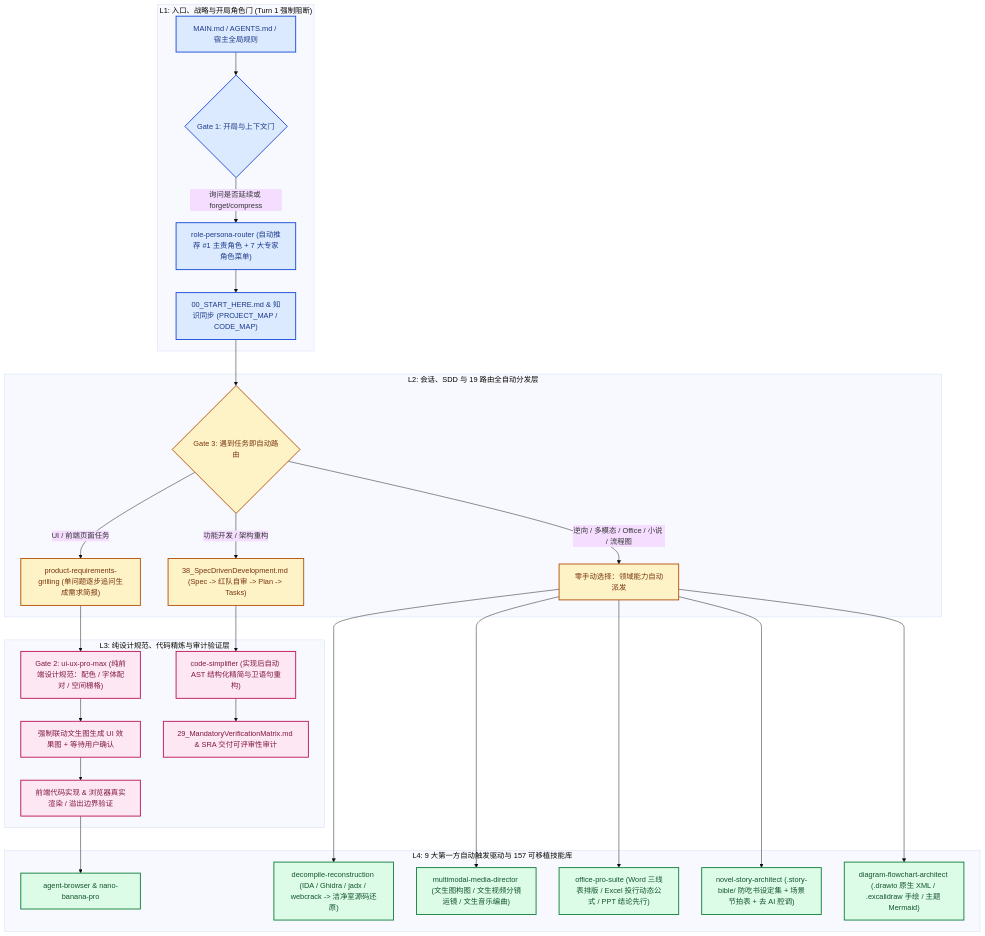
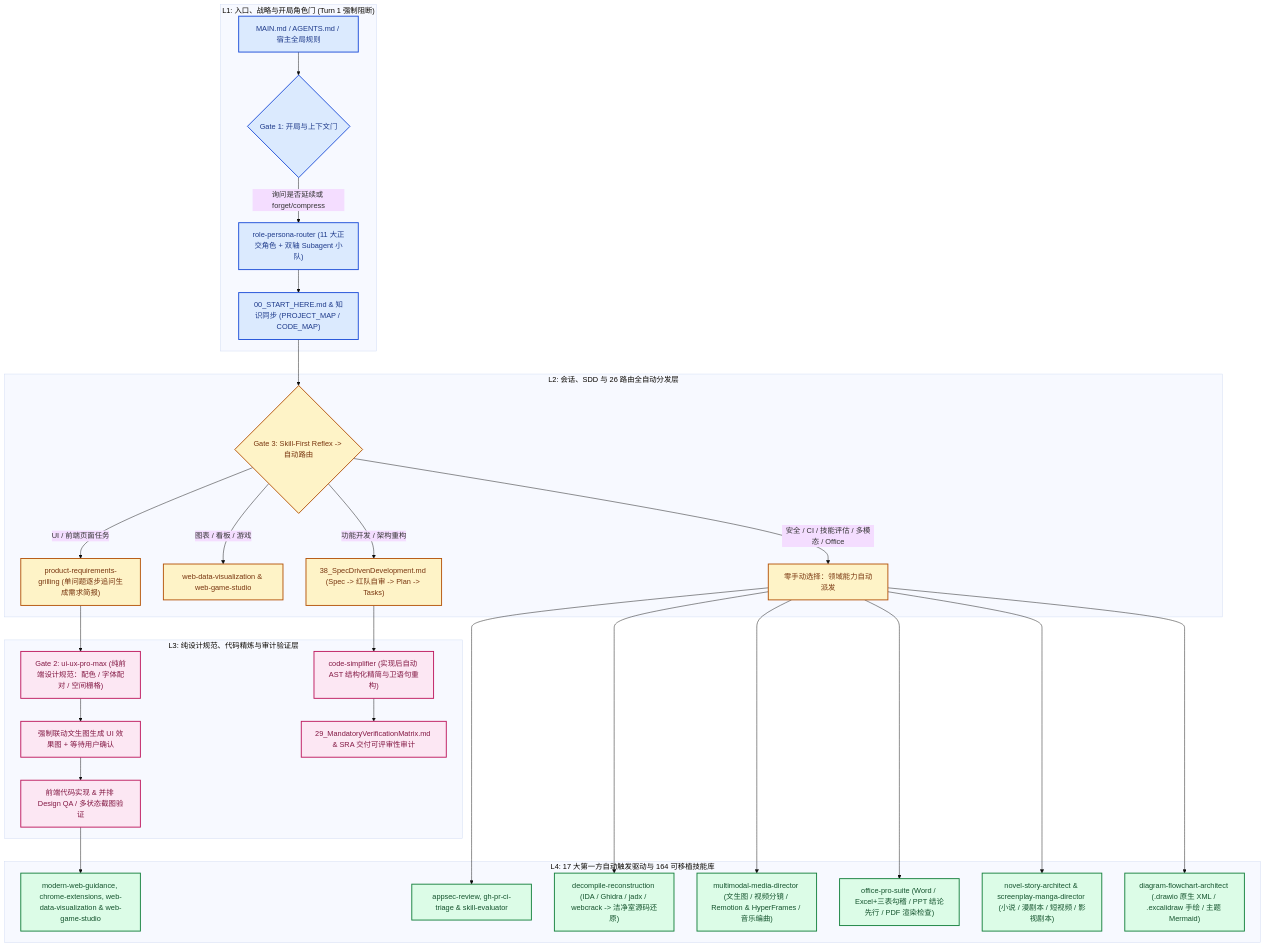
Before and after one commit to UIhoshi/AgentLogic: the first of 2 diagrams in 00_README.md, drawn with Mermaid (base theme). The commit also changed other lines of this file and 304 other files, not shown here.

Commit message:
feat(v6.9.2): add Skill-First reflex, 11-role + dual-axis Subagent squads, 6 new first-party skills, and Codex plugin packaging

````diff
--- a/00_README.md
+++ b/00_README.md
@@ -53,42 +53,44 @@
 ```mermaid
 flowchart TD
     subgraph L1 ["L1: 入口、战略与开局角色门 (Turn 1 强制阻断)"]
         Entry["MAIN.md / AGENTS.md / 宿主全局规则"] --> Gate1{"Gate 1: 开局与上下文门"}
-        Gate1 -->|"询问是否延续或 forget/compress"| RoleRouter["role-persona-router (自动推荐 #1 主责角色 + 7 大专家角色菜单)"]
+        Gate1 -->|"询问是否延续或 forget/compress"| RoleRouter["role-persona-router (11 大正交角色 + 双轴 Subagent 小队)"]
         RoleRouter --> Check["00_START_HERE.md & 知识同步 (PROJECT_MAP / CODE_MAP)"]
     end
 
-    subgraph L2 ["L2: 会话、SDD 与 19 路由全自动分发层"]
-        Check --> Router{"Gate 3: 遇到任务即自动路由"}
+    subgraph L2 ["L2: 会话、SDD 与 26 路由全自动分发层"]
+        Check --> Router{"Gate 3: Skill-First Reflex -> 自动路由"}
         Router -->|"UI / 前端页面任务"| Grilling["product-requirements-grilling (单问题逐步追问生成需求简报)"]
+        Router -->|"图表 / 看板 / 游戏"| VizGame["web-data-visualization & web-game-studio"]
         Router -->|"功能开发 / 架构重构"| SDD["38_SpecDrivenDevelopment.md (Spec -> 红队自审 -> Plan -> Tasks)"]
-        Router -->|"逆向 / 多模态 / Office / 小说 / 流程图"| DomainDispatch["零手动选择：领域能力自动派发"]
+        Router -->|"安全 / CI / 技能评估 / 多模态 / Office"| DomainDispatch["零手动选择：领域能力自动派发"]
     end
 
     subgraph L3 ["L3: 纯设计规范、代码精炼与审计验证层"]
         Grilling --> UIProMax["Gate 2: ui-ux-pro-max (纯前端设计规范：配色 / 字体配对 / 空间栅格)"]
         UIProMax --> MockupGate["强制联动文生图生成 UI 效果图 + 等待用户确认"]
-        MockupGate --> UIImpl["前端代码实现 & 浏览器真实渲染 / 溢出边界验证"]
+        MockupGate --> UIImpl["前端代码实现 & 并排 Design QA / 多状态截图验证"]
         SDD --> CodeSimp["code-simplifier (实现后自动 AST 结构化精简与卫语句重构)"]
         CodeSimp --> Verify["29_MandatoryVerificationMatrix.md & SRA 交付可评审性审计"]
     end
 
-    subgraph L4 ["L4: 9 大第一方自动触发驱动与 157 可移植技能库"]
-        UIImpl --> BrowserSkill["agent-browser & nano-banana-pro"]
+    subgraph L4 ["L4: 17 大第一方自动触发驱动与 164 可移植技能库"]
+        UIImpl --> BrowserSkill["modern-web-guidance, chrome-extensions, web-data-visualization & web-game-studio"]
+        DomainDispatch --> AppSecCI["appsec-review, gh-pr-ci-triage & skill-evaluator"]
         DomainDispatch --> Decompile["decompile-reconstruction (IDA / Ghidra / jadx / webcrack -> 洁净室源码还原)"]
-        DomainDispatch --> MediaDir["multimodal-media-director (文生图构图 / 文生视频分镜运镜 / 文生音乐编曲)"]
-        DomainDispatch --> OfficePro["office-pro-suite (Word 三线表排版 / Excel 投行动态公式 / PPT 结论先行)"]
-        DomainDispatch --> NovelArch["novel-story-architect (.story-bible/ 防吃书设定集 + 场景节拍表 + 去 AI 腔调)"]
+        DomainDispatch --> MediaDir["multimodal-media-director (文生图 / 视频分镜 / Remotion & HyperFrames / 音乐编曲)"]
+        DomainDispatch --> OfficePro["office-pro-suite (Word / Excel+三表勾稽 / PPT 结论先行 / PDF 渲染检查)"]
+        DomainDispatch --> NovelArch["novel-story-architect & screenplay-manga-director (小说 / 漫剧本 / 短视频 / 影视剧本)"]
         DomainDispatch --> DiagramArch["diagram-flowchart-architect (.drawio 原生 XML / .excalidraw 手绘 / 主题 Mermaid)"]
     end
 
     classDef l1 fill:#dbeafe,stroke:#1d4ed8,color:#1e3a8a,stroke-width:2px
     classDef l2 fill:#fef3c7,stroke:#b45309,color:#78350f,stroke-width:2px
     classDef l3 fill:#fce7f3,stroke:#be185d,color:#831843,stroke-width:2px
     classDef l4 fill:#dcfce7,stroke:#15803d,color:#14532d,stroke-width:2px
 
     class Entry,Gate1,RoleRouter,Check l1
-    class Router,Grilling,SDD,DomainDispatch l2
+    class Router,Grilling,VizGame,SDD,DomainDispatch l2
     class UIProMax,MockupGate,UIImpl,CodeSimp,Verify l3
-    class BrowserSkill,Decompile,MediaDir,OfficePro,NovelArch,DiagramArch l4
+    class BrowserSkill,AppSecCI,Decompile,MediaDir,OfficePro,NovelArch,DiagramArch l4
 ```
````
